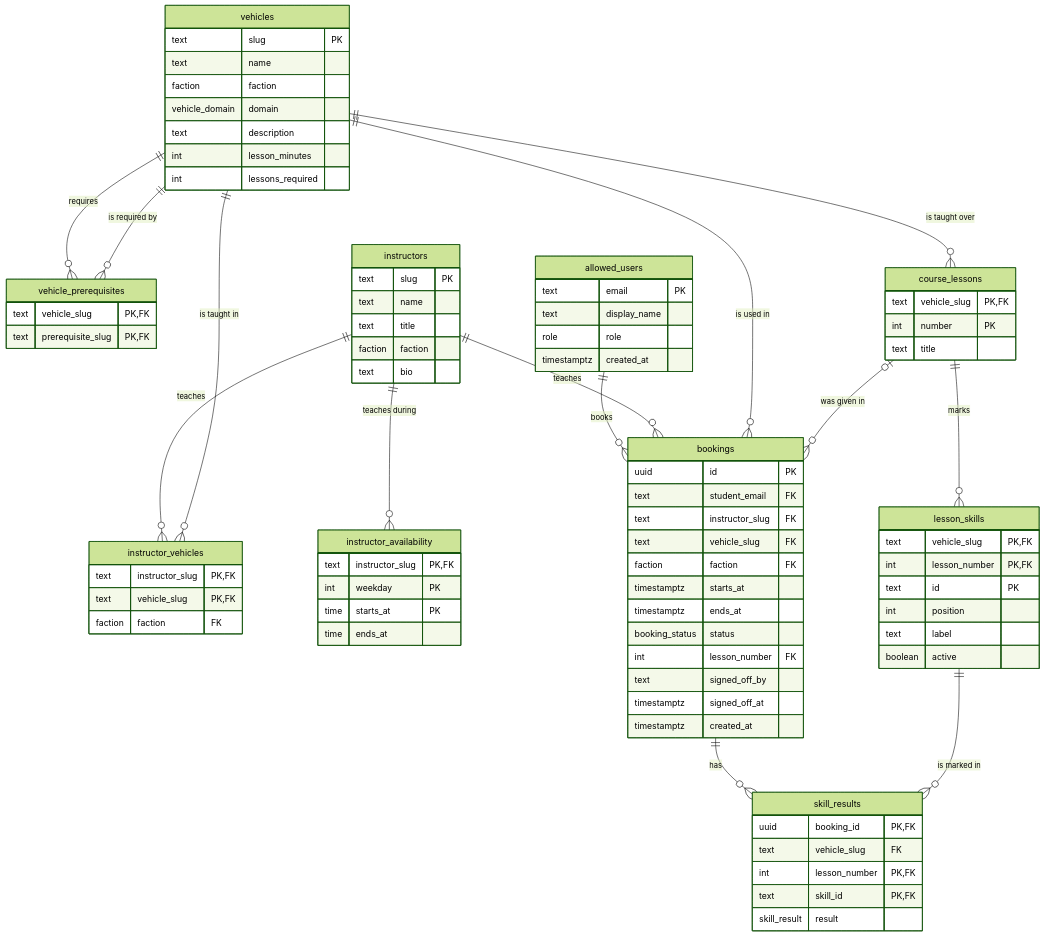
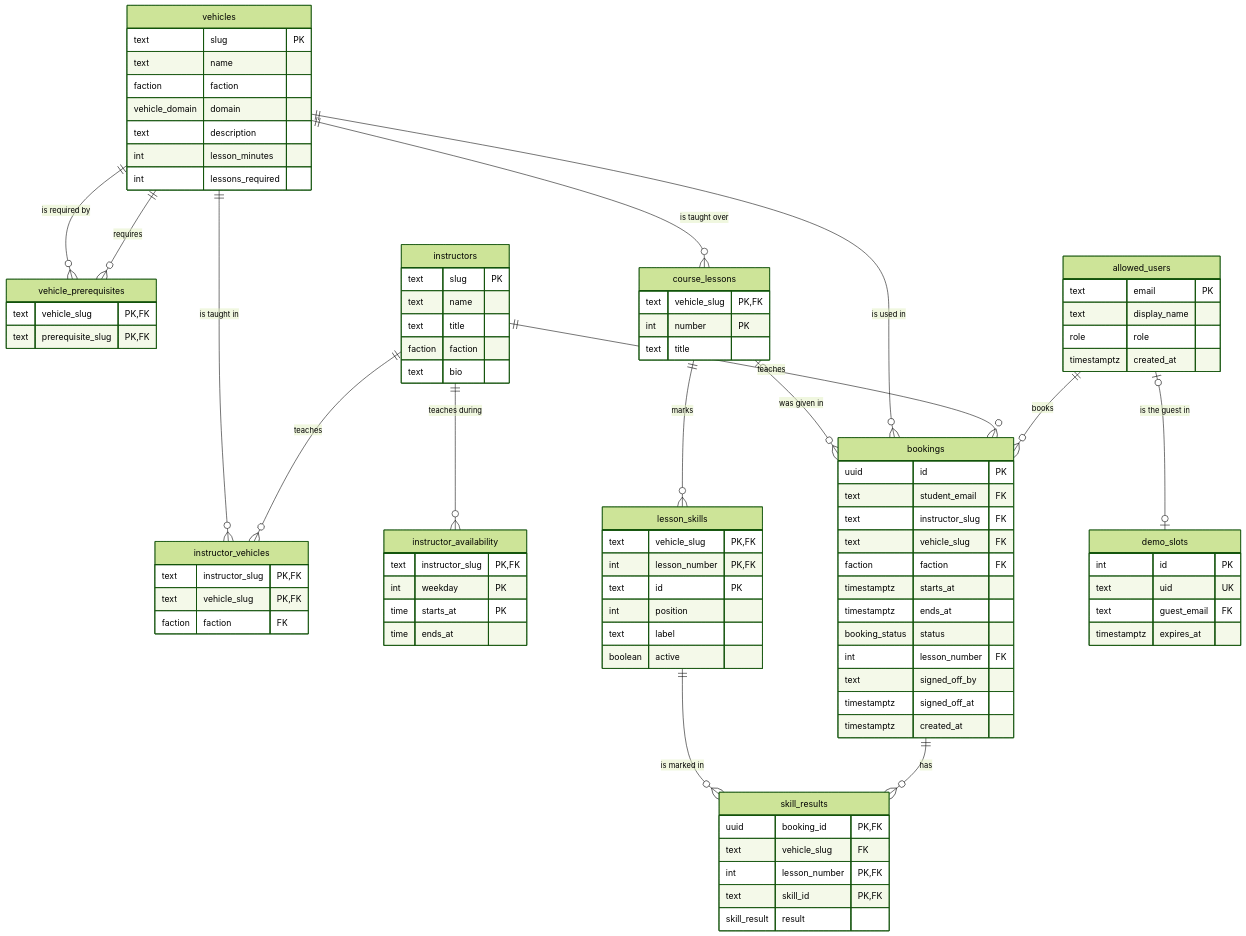
Before and after one commit to Valiance-Studios/halo-drivers-ed: the eighth of 9 diagrams in ARCHITECTURE.md, drawn with Mermaid (forest theme). The commit also changed other lines of this file and 35 other files, not shown here.

First line of the commit message:
Add demo slots for recruiters (#10)

```diff
--- a/ARCHITECTURE.md
+++ b/ARCHITECTURE.md
@@ -317,6 +367,14 @@
         timestamptz created_at
     }
 
+    demo_slots {
+        int id PK
+        text uid UK
+        text guest_email FK
+        timestamptz expires_at
+    }
+
+    allowed_users |o--o| demo_slots : "is the guest in"
     vehicles ||--o{ vehicle_prerequisites : "requires"
     vehicles ||--o{ vehicle_prerequisites : "is required by"
     instructors ||--o{ instructor_vehicles : "teaches"
```
